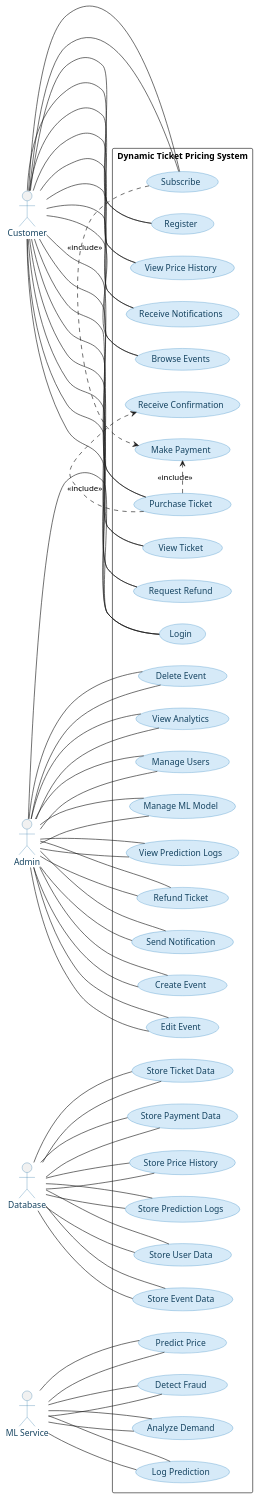
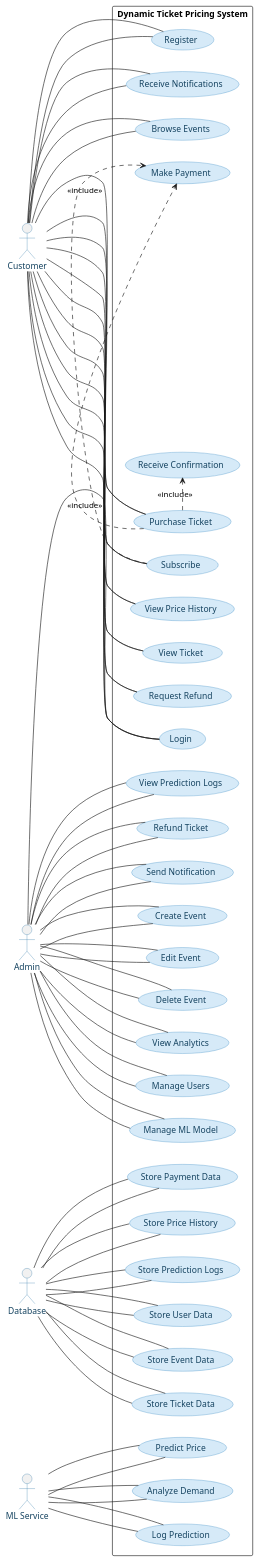
The diagram in PlantUML/use_case_full_project.puml (Souptik-Hazra/Dynamic-ticket-pricing), drawn with PlantUML before and after one commit. The commit also changed 7 other files, not shown here.

```diff
--- a/PlantUML/use_case_full_project.puml
+++ b/PlantUML/use_case_full_project.puml
@@ -1,125 +1,120 @@
 @startuml
-left to right direction
 left to right direction
 
 skinparam shadowing false
 skinparam usecaseBorderColor #2E86C1
 skinparam usecaseBackgroundColor #D6EAF8
 skinparam actorBorderColor #2874A6
 skinparam actorFontColor #154360
 skinparam usecaseFontColor #154360
 skinparam usecaseFontSize 14
 
 left to right direction
 actor Customer
 actor Admin
 actor "Database" as DB
 actor "ML Service" as ML
 
-rectangle "Dynamic Ticket Pricing System" {
 rectangle "Dynamic Ticket Pricing System" {
 
     (Register) as UC1
     (Login) as UC2
     (Browse Events) as UC3
     (Purchase Ticket) as UC4
     (View Ticket) as UC5
     (Request Refund) as UC6
     (Subscribe) as UC7
     (View Price History) as UC8
     (Receive Notifications) as UC9
     (Make Payment) as UC10
     (Receive Confirmation) as UC11
 
     (Create Event) as UA1
     (Edit Event) as UA2
     (Delete Event) as UA3
     (View Analytics) as UA4
     (Manage Users) as UA5
     (Manage ML Model) as UA6
     (View Prediction Logs) as UA7
     (Refund Ticket) as UA8
     (Send Notification) as UA9
 
     (Store User Data) as UD1
     (Store Event Data) as UD2
     (Store Ticket Data) as UD3
     (Store Payment Data) as UD4
     (Store Price History) as UD5
     (Store Prediction Logs) as UD6
 
     (Predict Price) as UM1
-    (Detect Fraud) as UM2
     (Analyze Demand) as UM3
     (Log Prediction) as UM4
 }
 
 
 Customer -left- UC1
 Customer -left- UC2
 Customer -left- UC3
 Customer -left- UC4
 Customer -left- UC5
 Customer -left- UC6
 Customer -left- UC7
 Customer -left- UC8
 Customer -left- UC9
 
 Customer -down- UC1
 Customer -down- UC2
 Customer -down- UC3
 Customer -down- UC4
 Customer -down- UC5
 Customer -down- UC6
 Customer -down- UC7
 Customer -down- UC8
 Customer -down- UC9
 
 Admin -right- UA1
 Admin -right- UA2
 Admin -right- UA3
 Admin -right- UA4
 Admin -right- UA5
 Admin -right- UA6
 Admin -right- UA7
 Admin -right- UA8
 Admin -right- UA9
 Admin -down- UA1
 Admin -down- UA2
 Admin -down- UA3
 Admin -down- UA4
 Admin -down- UA5
 Admin -down- UA6
 Admin -down- UA7
 Admin -down- UA8
 Admin -down- UA9
 Admin -down- UC2
 
 DB -right- UD1
 DB -right- UD2
 DB -right- UD3
 DB -right- UD4
 DB -right- UD5
 DB -right- UD6
 DB -down- UD1
 DB -down- UD2
 DB -down- UD3
 DB -down- UD4
 DB -down- UD5
 DB -down- UD6
 
 ML -right- UM1
-ML -right- UM2
 ML -right- UM3
 ML -right- UM4
 ML -down- UM1
-ML -down- UM2
 ML -down- UM3
 ML -down- UM4
 
 ' ================= INCLUDE =================
 UC4 .> UC10 : <<include>>
 UC4 .> UC11 : <<include>>
 UC7 .> UC10 : <<include>>
 
 @enduml
```
